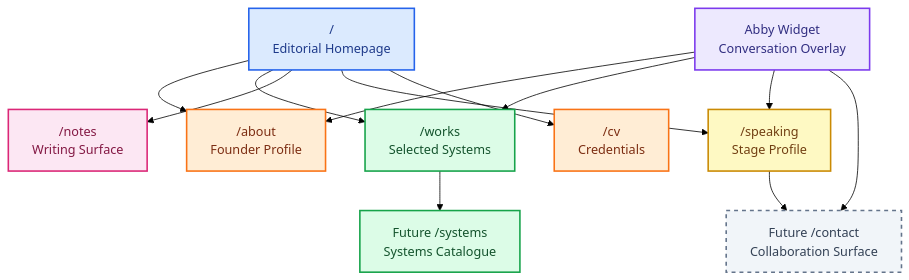
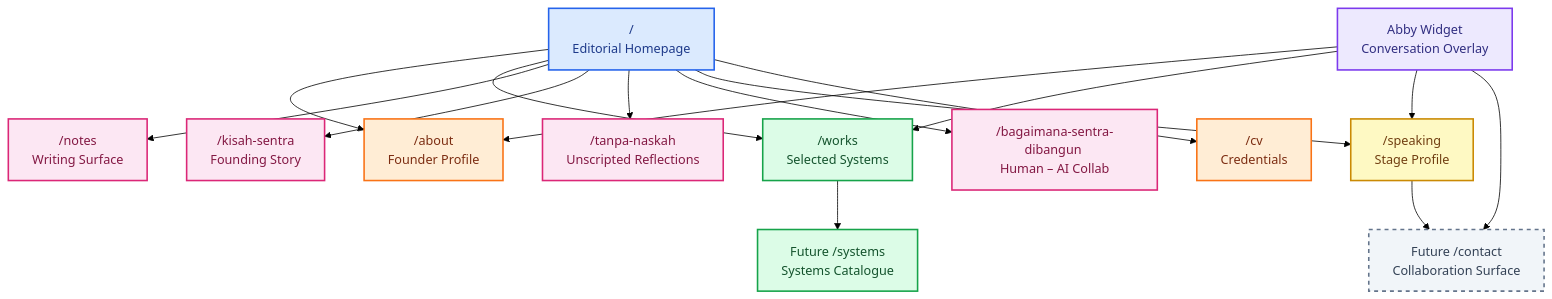
The second of 11 diagrams in README.md (drferdii/ferdiiskandar.com), drawn with Mermaid (forest theme) before and after one commit. The commit also changed other lines of this file and 80 other files, not shown here.

````diff
--- a/README.md
+++ b/README.md
@@ -190,40 +208,46 @@
 ```mermaid
 flowchart TD
     Home["/ <br/>Editorial Homepage"]
     About["/about <br/>Founder Profile"]
     Works["/works <br/>Selected Systems"]
     Notes["/notes <br/>Writing Surface"]
+    KisahSentra["/kisah-sentra <br/>Founding Story"]
+    TanpaNaskah["/tanpa-naskah <br/>Unscripted Reflections"]
+    HumanAI["/bagaimana-sentra-dibangun <br/>Human – AI Collab"]
     Speaking["/speaking <br/>Stage Profile"]
     CV["/cv <br/>Credentials"]
     Abby["Abby Widget <br/>Conversation Overlay"]
     Contact["Future /contact <br/>Collaboration Surface"]
     Systems["Future /systems <br/>Systems Catalogue"]
 
     Home --> About
     Home --> Works
     Home --> Notes
+    Home --> KisahSentra
+    Home --> TanpaNaskah
+    Home --> HumanAI
     Home --> Speaking
     Home --> CV
     Abby --> About
     Abby --> Works
     Abby --> Speaking
     Abby --> Contact
     Works --> Systems
     Speaking --> Contact
 
     classDef home fill:#DBEAFE,stroke:#2563EB,color:#1E3A8A,stroke-width:2px;
     classDef profile fill:#FFEDD5,stroke:#F97316,color:#7C2D12,stroke-width:2px;
     classDef work fill:#DCFCE7,stroke:#16A34A,color:#14532D,stroke-width:2px;
     classDef writing fill:#FCE7F3,stroke:#DB2777,color:#831843,stroke-width:2px;
     classDef public fill:#FEF9C3,stroke:#CA8A04,color:#713F12,stroke-width:2px;
     classDef ai fill:#EDE9FE,stroke:#7C3AED,color:#312E81,stroke-width:2px;
     classDef future fill:#F1F5F9,stroke:#64748B,color:#334155,stroke-dasharray: 5 5,stroke-width:2px;
 
     class Home home;
     class About,CV profile;
     class Works,Systems work;
-    class Notes writing;
+    class Notes,KisahSentra,TanpaNaskah,HumanAI writing;
     class Speaking public;
     class Abby ai;
     class Contact future;
 ```
````
